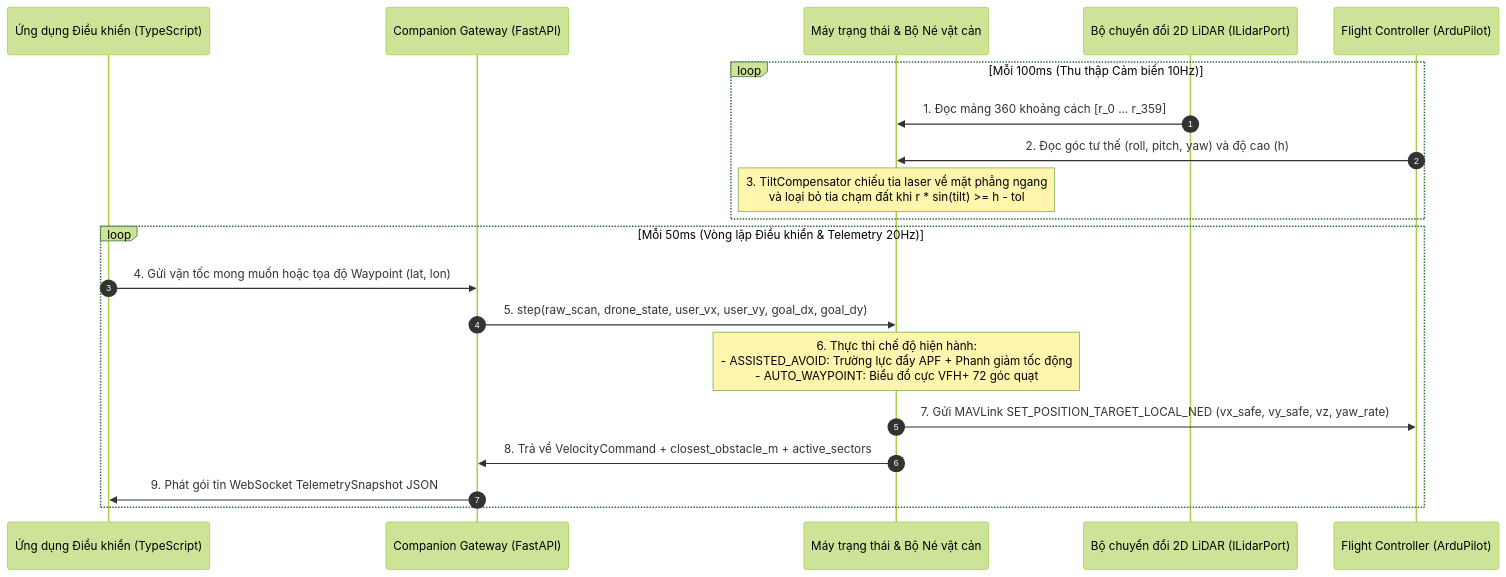
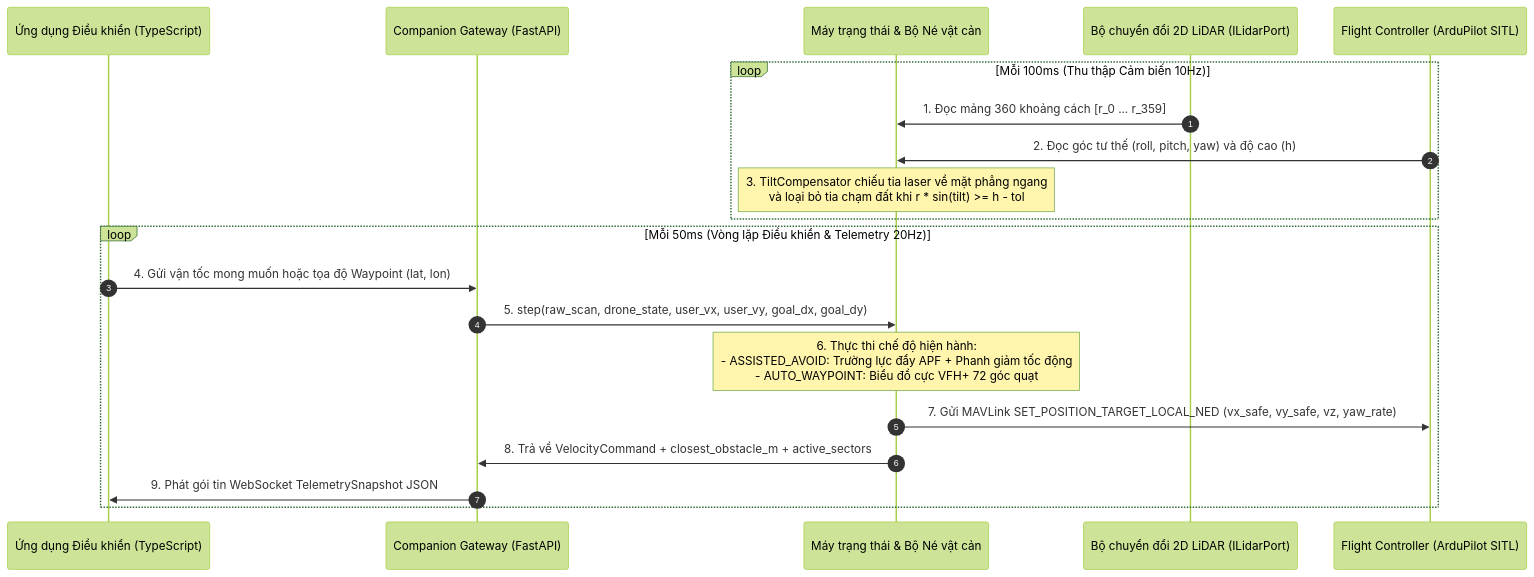
The second of 3 diagrams in README.md (rcryan-hniht/uav-agri-autonomy), drawn with Mermaid (forest theme) before and after one commit. The commit also changed other lines of this file and 1 other file, not shown here.

````diff
--- a/README.md
+++ b/README.md
@@ -80,24 +75,24 @@
 ```mermaid
 sequenceDiagram
     autonumber
     participant Operator as Ứng dụng Điều khiển (TypeScript)
     participant Gateway as Companion Gateway (FastAPI)
     participant FSM as Máy trạng thái & Bộ Né vật cản
     participant Lidar as Bộ chuyển đổi 2D LiDAR (ILidarPort)
-    participant FC as Flight Controller (ArduPilot)
+    participant FC as Flight Controller (ArduPilot SITL)
 
     loop Mỗi 100ms (Thu thập Cảm biến 10Hz)
         Lidar->>FSM: 1. Đọc mảng 360 khoảng cách [r_0 ... r_359]
         FC->>FSM: 2. Đọc góc tư thế (roll, pitch, yaw) và độ cao (h)
         Note over FSM: 3. TiltCompensator chiếu tia laser về mặt phẳng ngang<br/>và loại bỏ tia chạm đất khi r * sin(tilt) >= h - tol
     end
 
     loop Mỗi 50ms (Vòng lặp Điều khiển & Telemetry 20Hz)
         Operator->>Gateway: 4. Gửi vận tốc mong muốn hoặc tọa độ Waypoint (lat, lon)
         Gateway->>FSM: 5. step(raw_scan, drone_state, user_vx, user_vy, goal_dx, goal_dy)
         Note over FSM: 6. Thực thi chế độ hiện hành:<br/>- ASSISTED_AVOID: Trường lực đẩy APF + Phanh giảm tốc động<br/>- AUTO_WAYPOINT: Biểu đồ cực VFH+ 72 góc quạt
         FSM->>FC: 7. Gửi MAVLink SET_POSITION_TARGET_LOCAL_NED (vx_safe, vy_safe, vz, yaw_rate)
         FSM->>Gateway: 8. Trả về VelocityCommand + closest_obstacle_m + active_sectors
         Gateway->>Operator: 9. Phát gói tin WebSocket TelemetrySnapshot JSON
     end
 ```
````
